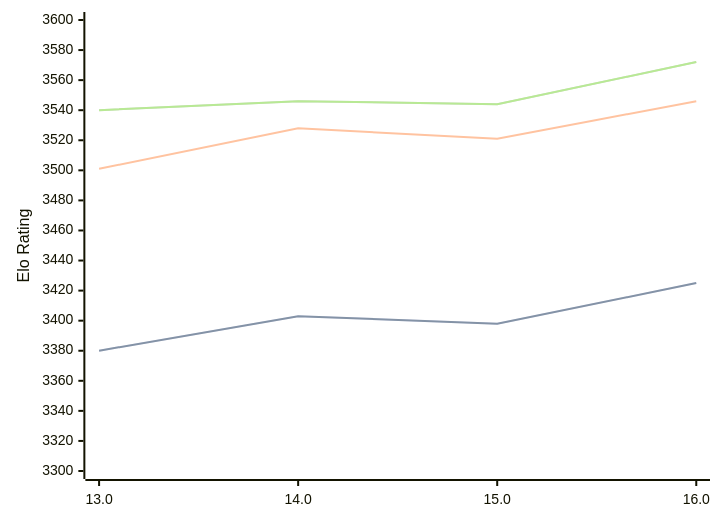
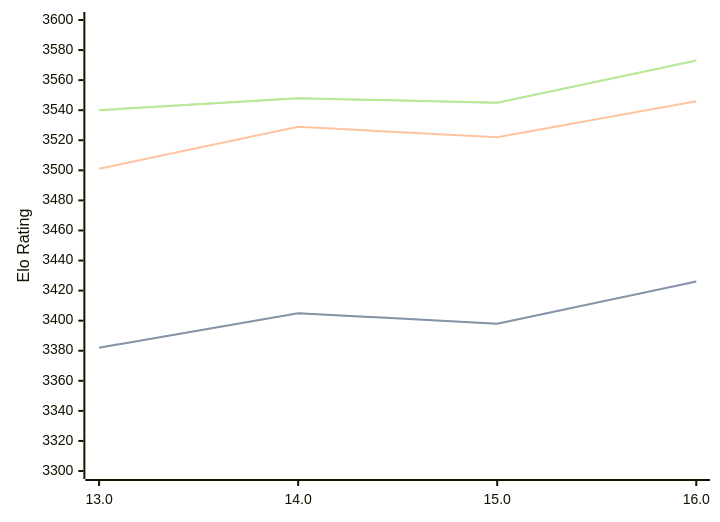
The diagram in engines/Obsidian.md (computer-chess-index/cci), drawn with Mermaid before and after one commit. The commit also changed other lines of this file, not shown here.

Commit message:
Update CCI Ratings (ELO VLTC) - 2026-08-05

````diff
--- a/engines/Obsidian.md
+++ b/engines/Obsidian.md
@@ -43,11 +43,11 @@
 ```mermaid
 %%{init: {"theme":"base","themeVariables":{"seriesColors:['#a3a3a3','#222221','#faa371']}}}%%
 xychart-beta
   x-axis ["13.0", "14.0", "15.0", "16.0"]
   y-axis "Elo Rating" 3300 --> 3600
-  line "STC (8.0+0.08s)" [3380, 3403, 3398, 3425]
-  line "STC (8.0+0.08s)" [3380, 3403, 3398, 3425]
-  line "LTC (60.0+0.60s)" [3501, 3528, 3521, 3546]
-  line "VLTC (2m24s+1.12s)" [3540, 3546, 3544, 3572]
-  line "VLTC (2m24s+1.12s)" [3540, 3546, 3544, 3572]
+  line "STC (8.0+0.08s)" [3382, 3405, 3398, 3426]
+  line "STC (8.0+0.08s)" [3382, 3405, 3398, 3426]
+  line "LTC (60.0+0.60s)" [3501, 3529, 3522, 3546]
+  line "VLTC (2m24s+1.12s)" [3540, 3548, 3545, 3573]
+  line "VLTC (2m24s+1.12s)" [3540, 3548, 3545, 3573]
 ```
````
